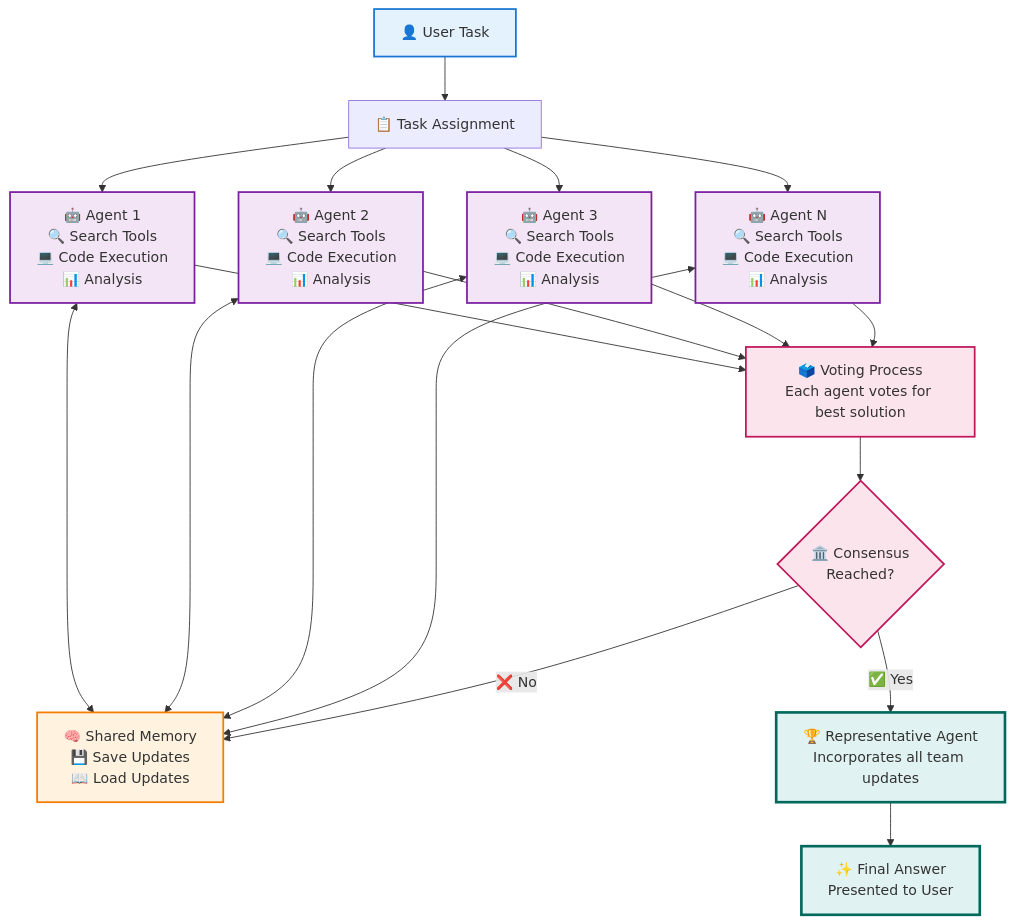
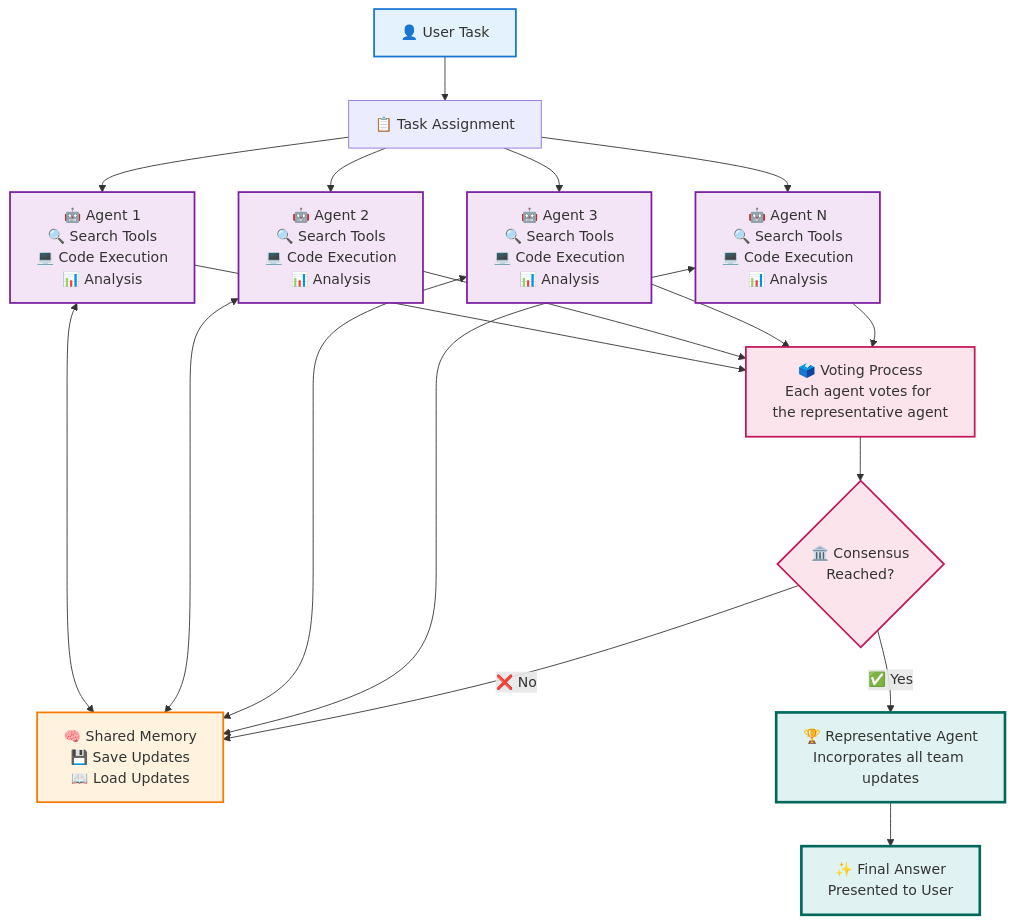
Before and after one commit to qidanrui/MassGen: the diagram in README.md, drawn with Mermaid.

````diff
--- a/README.md
+++ b/README.md
@@ -42,51 +42,51 @@
 ```mermaid
 graph TB
     %% User Input
     U[👤 User Task] --> T[📋 Task Assignment]
     
     %% Multiple Agents Working with Tools
     T --> A1[🤖 Agent 1<br/>🔍 Search Tools<br/>💻 Code Execution<br/>📊 Analysis]
     T --> A2[🤖 Agent 2<br/>🔍 Search Tools<br/>💻 Code Execution<br/>📊 Analysis]
     T --> A3[🤖 Agent 3<br/>🔍 Search Tools<br/>💻 Code Execution<br/>📊 Analysis]
     T --> AN[🤖 Agent N<br/>🔍 Search Tools<br/>💻 Code Execution<br/>📊 Analysis]
     
     %% Shared Memory Hub
     SM[🧠 Shared Memory<br/>💾 Save Updates<br/>📖 Load Updates]
     
     %% Agents interact with shared memory during task solving
     A1 <--> SM
     A2 <--> SM
     A3 <--> SM
     AN <--> SM
     
     %% Voting Process at bottom
-    A1 --> V[🗳️ Voting Process<br/>Each agent votes for best solution]
+    A1 --> V[🗳️ Voting Process<br/>Each agent votes for the representative agent]
     A2 --> V
     A3 --> V
     AN --> V
     
     %% Consensus Check
     V --> C{🏛️ Consensus<br/>Reached?}
     
     %% No Consensus - back to work with shared memory
     C -->|❌ No| SM
     
     %% Consensus Reached
     C -->|✅ Yes| R[🏆 Representative Agent<br/>Incorporates all team updates]
     
     %% Final Answer
     R --> F[✨ Final Answer<br/>Presented to User]
     
     %% Styling
     classDef userNode fill:#e3f2fd,stroke:#1976d2,stroke-width:2px
     classDef agentNode fill:#f3e5f5,stroke:#7b1fa2,stroke-width:2px
     classDef memoryNode fill:#fff3e0,stroke:#f57c00,stroke-width:2px
     classDef voteNode fill:#fce4ec,stroke:#c2185b,stroke-width:2px
     classDef finalNode fill:#e0f2f1,stroke:#00695c,stroke-width:3px
     
     class U userNode
     class A1,A2,A3,AN agentNode
     class SM memoryNode
     class V,C voteNode
     class R,F finalNode
 ```
````
